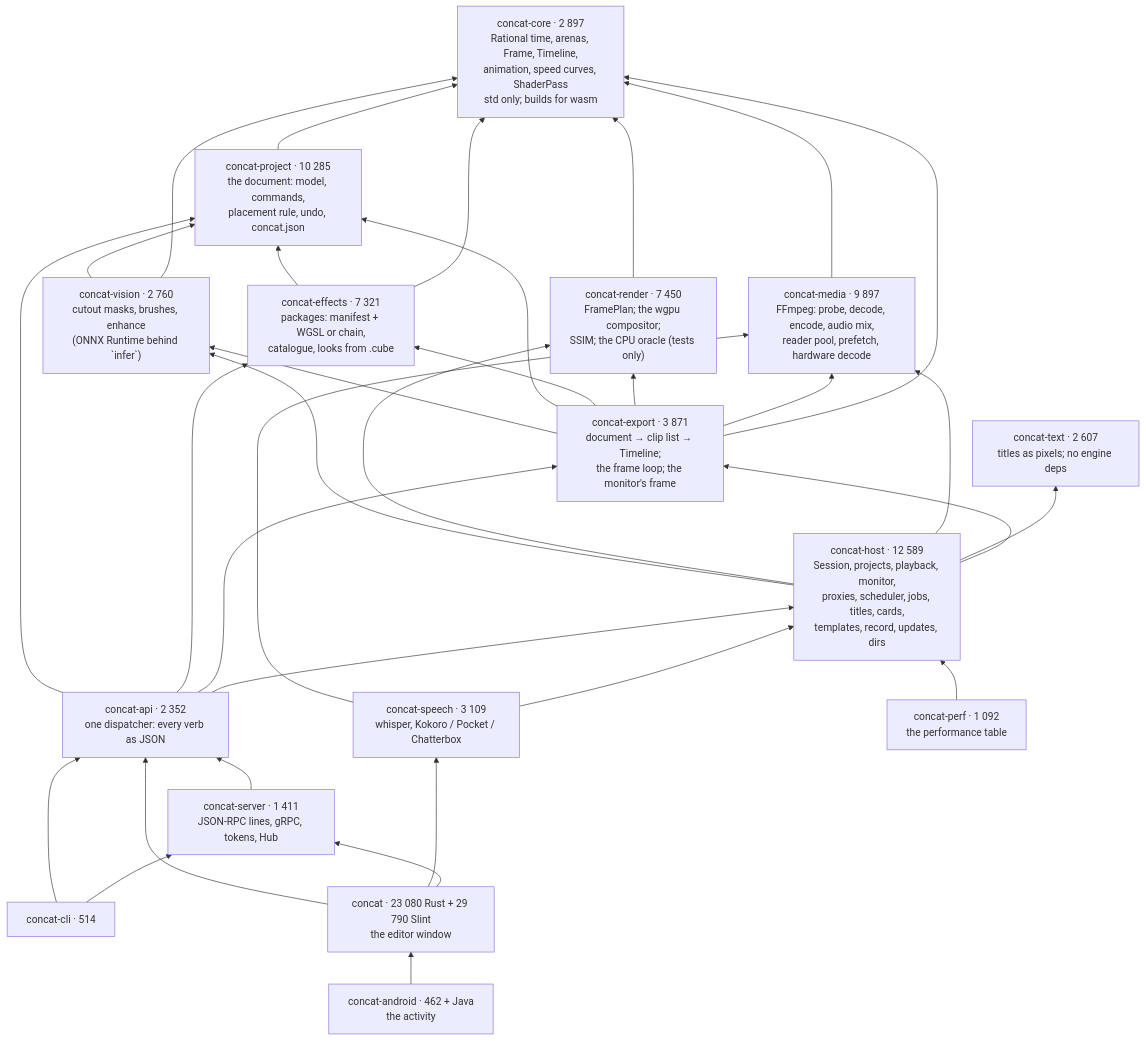
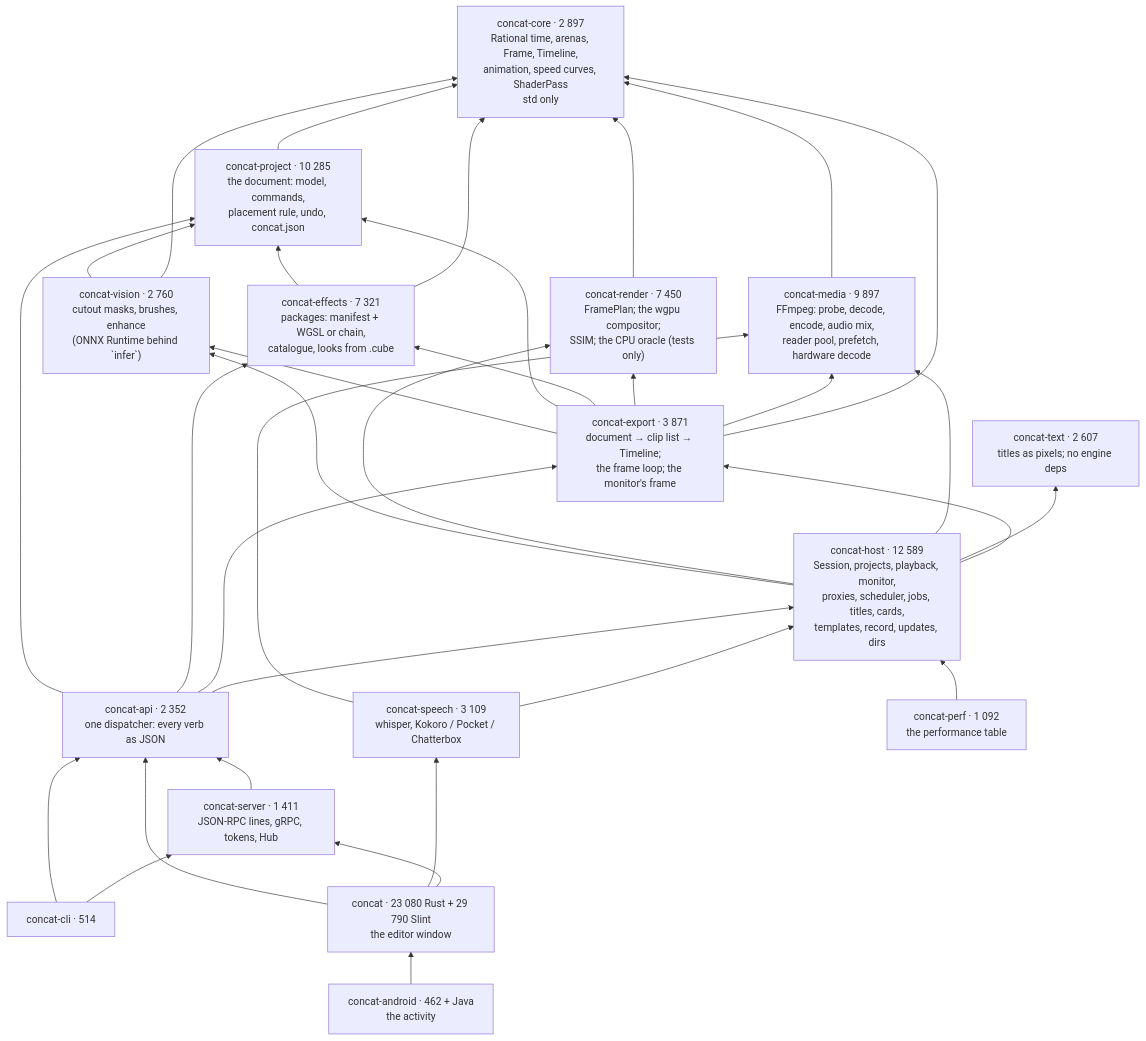
Before and after one commit to jub0t/Concat: the first of 12 diagrams in ARCHITECTURE.md, drawn with Mermaid. The commit also changed other lines of this file and 4 other files, not shown here.

First line of the commit message:
ci: no web build, since Concat ships to desktops and phones only

````diff
--- a/ARCHITECTURE.md
+++ b/ARCHITECTURE.md
@@ -41,52 +41,52 @@
 ```mermaid
 graph BT
-    core["concat-core · 2 897<br/>Rational time, arenas, Frame, Timeline,<br/>animation, speed curves, ShaderPass<br/>std only; builds for wasm"]
+    core["concat-core · 2 897<br/>Rational time, arenas, Frame, Timeline,<br/>animation, speed curves, ShaderPass<br/>std only"]
     project["concat-project · 10 285<br/>the document: model, commands,<br/>placement rule, undo, concat.json"]
     media["concat-media · 9 897<br/>FFmpeg: probe, decode, encode, audio mix,<br/>reader pool, prefetch, hardware decode"]
     render["concat-render · 7 450<br/>FramePlan; the wgpu compositor;<br/>SSIM; the CPU oracle (tests only)"]
     effects["concat-effects · 7 321<br/>packages: manifest + WGSL or chain,<br/>catalogue, looks from .cube"]
     vision["concat-vision · 2 760<br/>cutout masks, brushes, enhance<br/>(ONNX Runtime behind `infer`)"]
     text["concat-text · 2 607<br/>titles as pixels; no engine deps"]
     export["concat-export · 3 871<br/>document → clip list → Timeline;<br/>the frame loop; the monitor's frame"]
     host["concat-host · 12 589<br/>Session, projects, playback, monitor,<br/>proxies, scheduler, jobs, titles, cards,<br/>templates, record, updates, dirs"]
     speech["concat-speech · 3 109<br/>whisper, Kokoro / Pocket / Chatterbox"]
     api["concat-api · 2 352<br/>one dispatcher: every verb as JSON"]
     server["concat-server · 1 411<br/>JSON-RPC lines, gRPC, tokens, Hub"]
     cli["concat-cli · 514"]
     window["concat · 23 080 Rust + 29 790 Slint<br/>the editor window"]
     android["concat-android · 462 + Java<br/>the activity"]
     perf["concat-perf · 1 092<br/>the performance table"]
 
     project --> core
     media --> core
     render --> core
     effects --> core
     effects --> project
     vision --> core
     vision --> project
     export --> core
     export --> media
     export --> render
     export --> effects
     export --> project
     export --> vision
     host --> export
     host --> text
     host --> media
     host --> render
     host --> vision
     speech --> host
     speech --> media
     api --> host
     api --> export
     api --> effects
     api --> project
     server --> api
     cli --> server
     cli --> api
     window --> server
     window --> speech
     window --> api
     android --> window
     perf --> host
 ```
````
